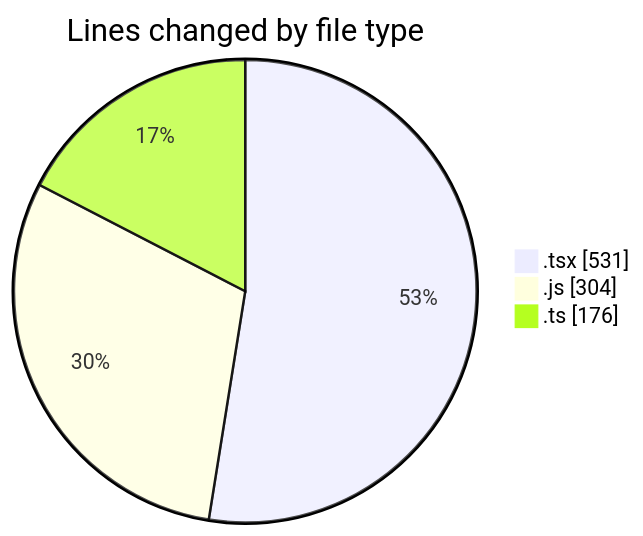
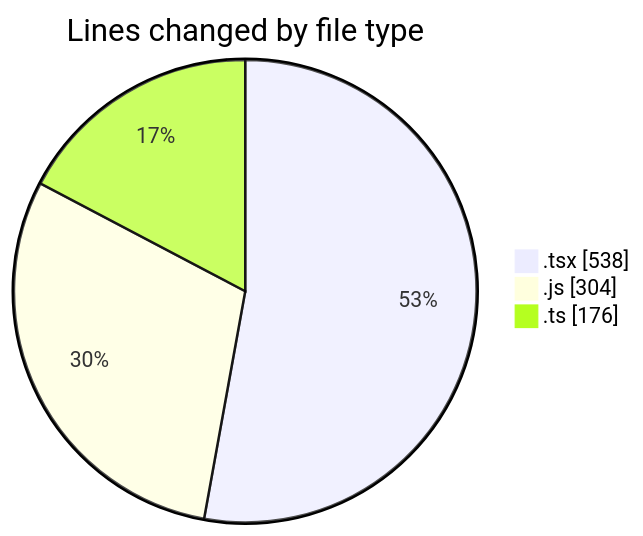
Before and after one commit to momahboobian/code-tracking: the first of 2 diagrams in 2025-02-26/cda/README.md, drawn with Mermaid. The commit also changed other lines of this file and 1 other file, not shown here.

````diff
--- a/2025-02-26/cda/README.md
+++ b/2025-02-26/cda/README.md
@@ -30,7 +30,7 @@
 ```mermaid
 pie showData
 title Lines changed by file type
-".tsx" : 531
+".tsx" : 538
 ".js" : 304
 ".ts" : 176
 ```
````
